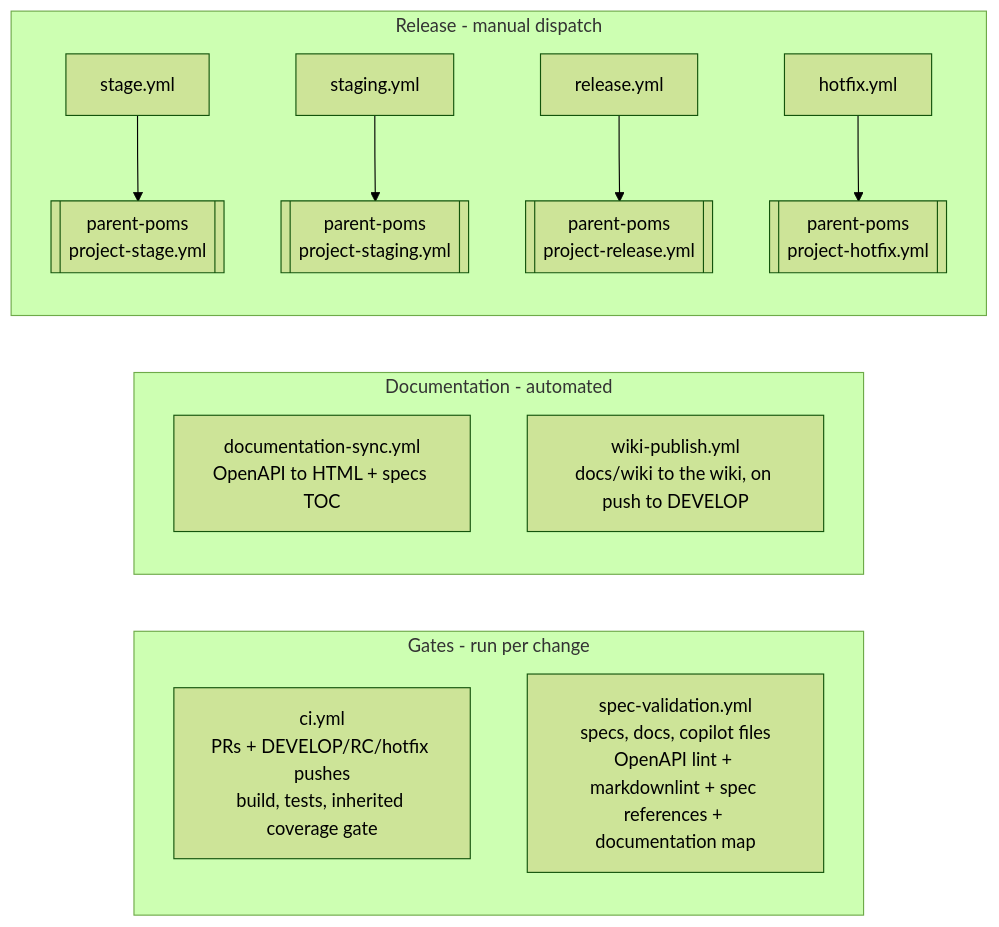
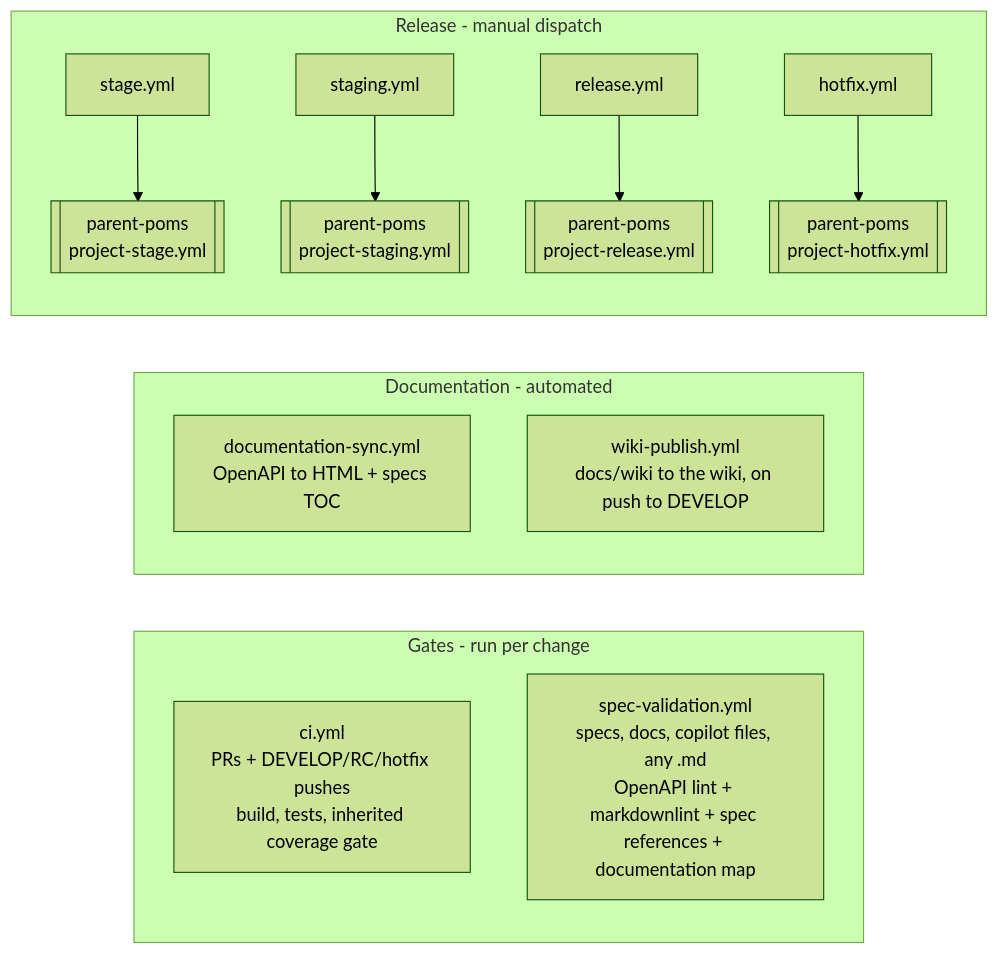
The second of 2 diagrams in docs/devops/README.md (MRISS-Projects/dsh), drawn with Mermaid (forest theme) before and after one commit. The commit also changed other lines of this file and 2 other files, not shown here.

Commit message:
docs(#195): describe the story-spec rule, and fix three sentences the review found reading wrongly
Claude-Session: https://claude.ai/code/session_01YUgdkexDBAY6oaJPga4Tt4

````diff
--- a/docs/devops/README.md
+++ b/docs/devops/README.md
@@ -48,17 +48,17 @@
 ```mermaid
 flowchart LR
     subgraph gates["Gates - run per change"]
         CI["ci.yml<br/>PRs + DEVELOP/RC/hotfix pushes<br/>build, tests, inherited coverage gate"]
-        SV["spec-validation.yml<br/>specs, docs, copilot files<br/>OpenAPI lint + markdownlint + spec references + documentation map"]
+        SV["spec-validation.yml<br/>specs, docs, copilot files, any .md<br/>OpenAPI lint + markdownlint + spec references + documentation map"]
     end
     subgraph docs["Documentation - automated"]
         DS["documentation-sync.yml<br/>OpenAPI to HTML + specs TOC"]
         WP["wiki-publish.yml<br/>docs/wiki to the wiki, on push to DEVELOP"]
     end
     subgraph rel["Release - manual dispatch"]
         ST["stage.yml"] --> PP1[["parent-poms<br/>project-stage.yml"]]
         SG["staging.yml"] --> PP2[["parent-poms<br/>project-staging.yml"]]
         RL["release.yml"] --> PP3[["parent-poms<br/>project-release.yml"]]
         HF["hotfix.yml"] --> PP4[["parent-poms<br/>project-hotfix.yml"]]
     end
 ```
````
